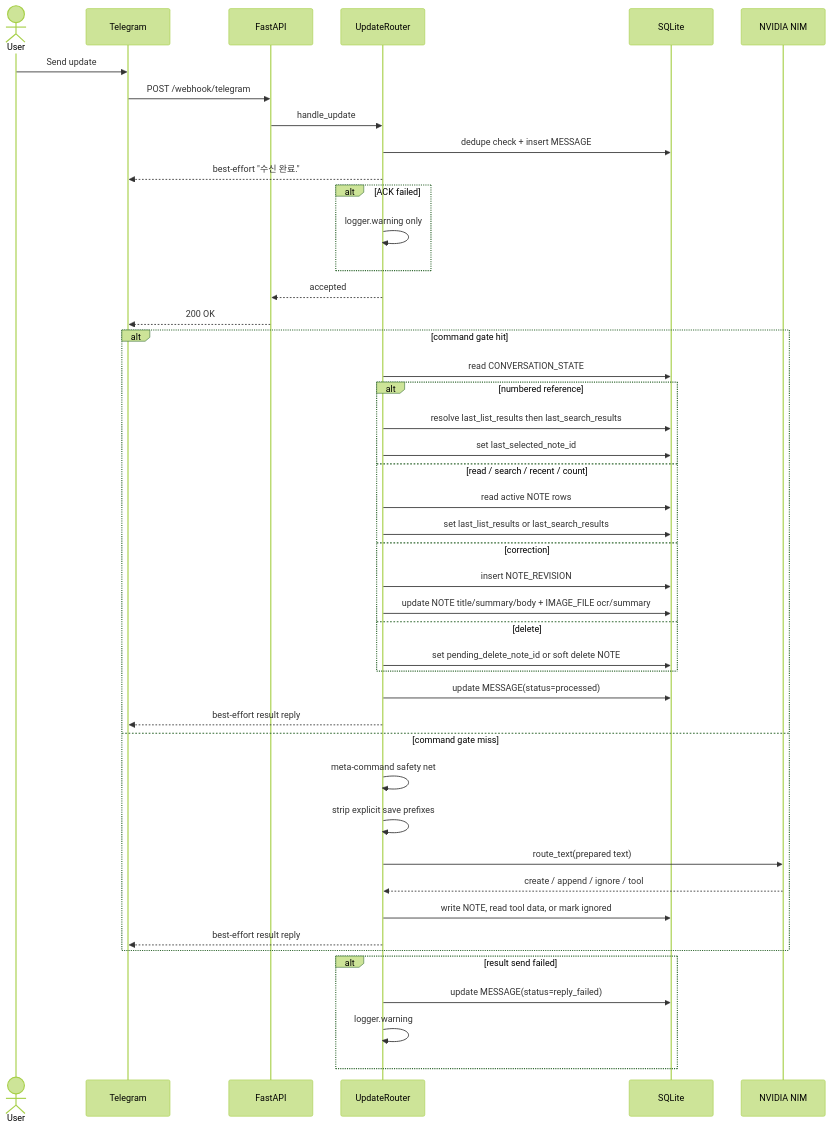
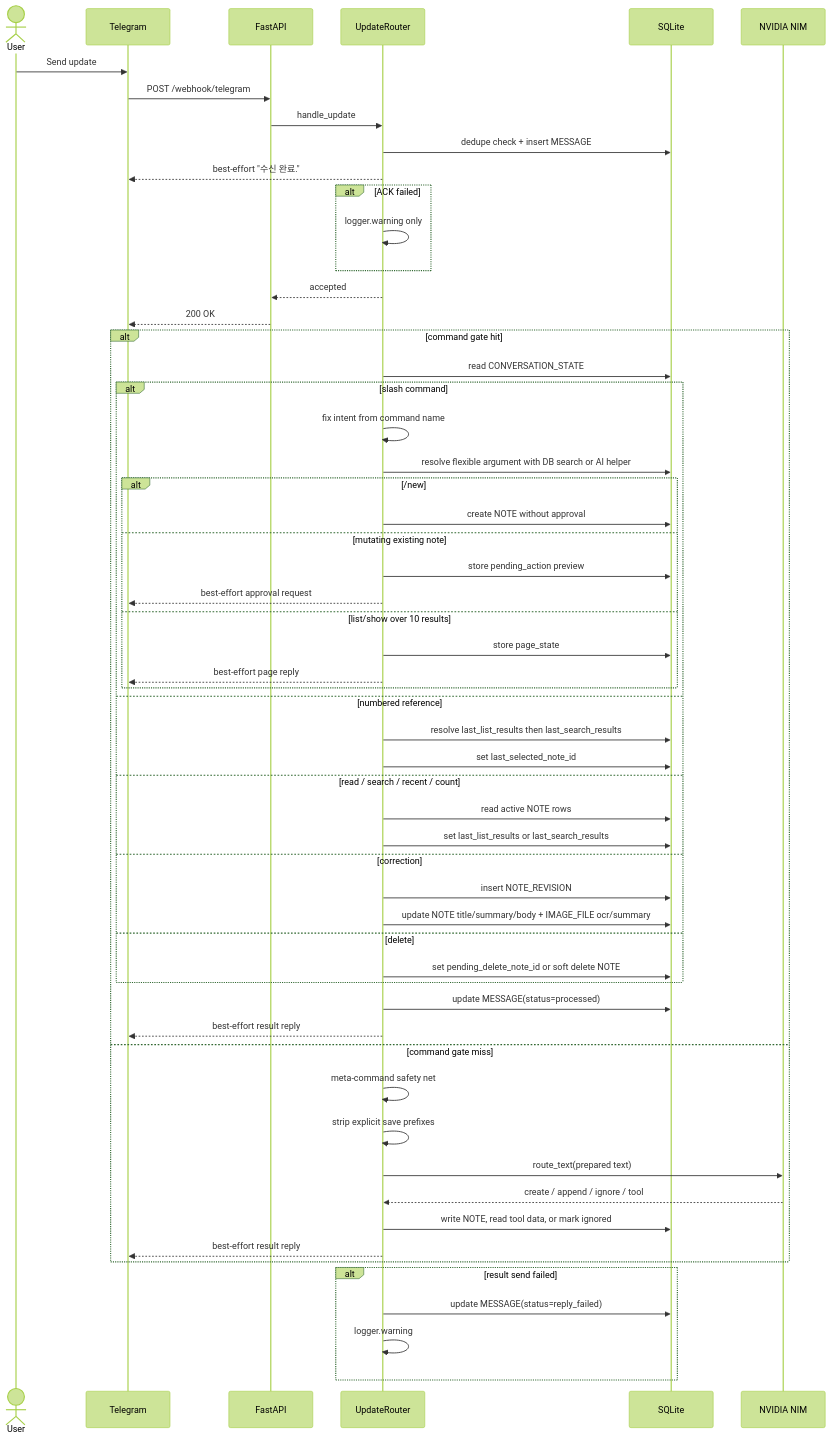
One commit to Transient-Onlooker/tg-note-agent changed the second of 4 diagrams in docs/ARCHITECTURE.md. Above: the diagram before and after it, drawn with Mermaid (forest theme). The commit also changed other lines of this file and 7 other files, not shown here.

````diff
--- a/docs/ARCHITECTURE.md
+++ b/docs/ARCHITECTURE.md
@@ -50,50 +55,62 @@
 ```mermaid
 sequenceDiagram
     actor U as User
     participant T as Telegram
     participant A as FastAPI
     participant R as UpdateRouter
     participant D as SQLite
     participant M as NVIDIA NIM
 
     U->>T: Send update
     T->>A: POST /webhook/telegram
     A->>R: handle_update
     R->>D: dedupe check + insert MESSAGE
     R-->>T: best-effort "수신 완료."
     alt ACK failed
         R->>R: logger.warning only
     end
     R-->>A: accepted
     A-->>T: 200 OK
 
     alt command gate hit
         R->>D: read CONVERSATION_STATE
-        alt numbered reference
+        alt slash command
+            R->>R: fix intent from command name
+            R->>D: resolve flexible argument with DB search or AI helper
+            alt /new
+                R->>D: create NOTE without approval
+            else mutating existing note
+                R->>D: store pending_action preview
+                R-->>T: best-effort approval request
+            else list/show over 10 results
+                R->>D: store page_state
+                R-->>T: best-effort page reply
+            end
+        else numbered reference
             R->>D: resolve last_list_results then last_search_results
             R->>D: set last_selected_note_id
         else read / search / recent / count
             R->>D: read active NOTE rows
             R->>D: set last_list_results or last_search_results
         else correction
             R->>D: insert NOTE_REVISION
             R->>D: update NOTE title/summary/body + IMAGE_FILE ocr/summary
         else delete
             R->>D: set pending_delete_note_id or soft delete NOTE
         end
         R->>D: update MESSAGE(status=processed)
         R-->>T: best-effort result reply
     else command gate miss
         R->>R: meta-command safety net
         R->>R: strip explicit save prefixes
         R->>M: route_text(prepared text)
         M-->>R: create / append / ignore / tool
         R->>D: write NOTE, read tool data, or mark ignored
         R-->>T: best-effort result reply
     end
 
     alt result send failed
         R->>D: update MESSAGE(status=reply_failed)
         R->>R: logger.warning
     end
 ```
````
